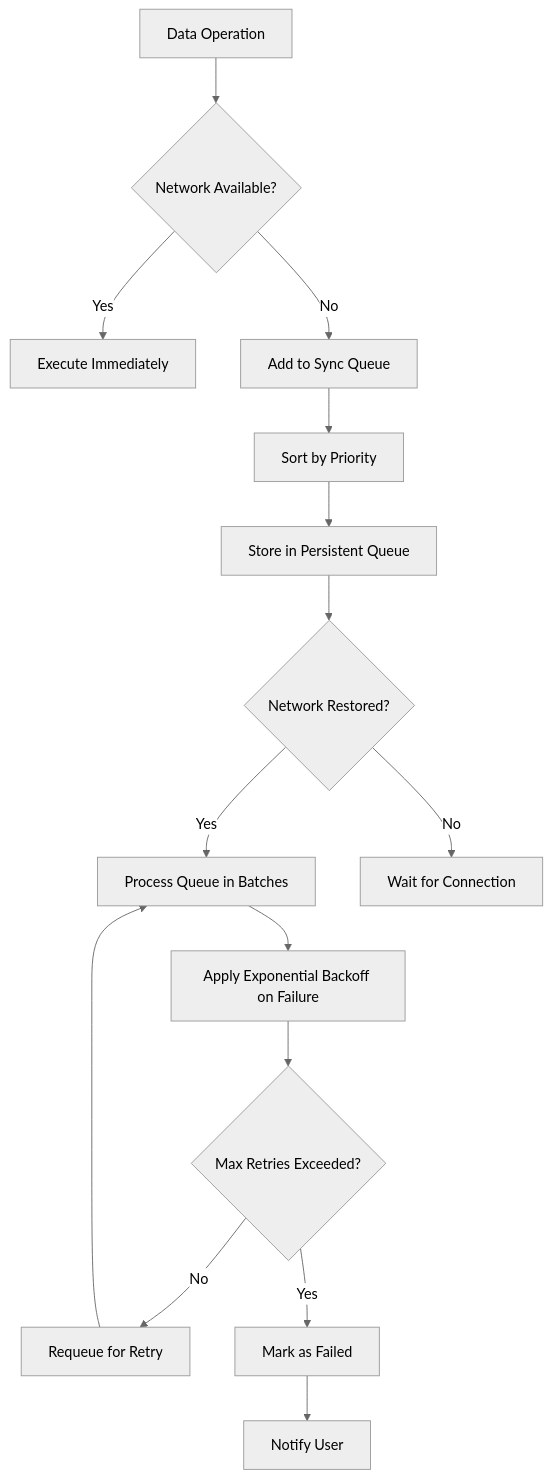
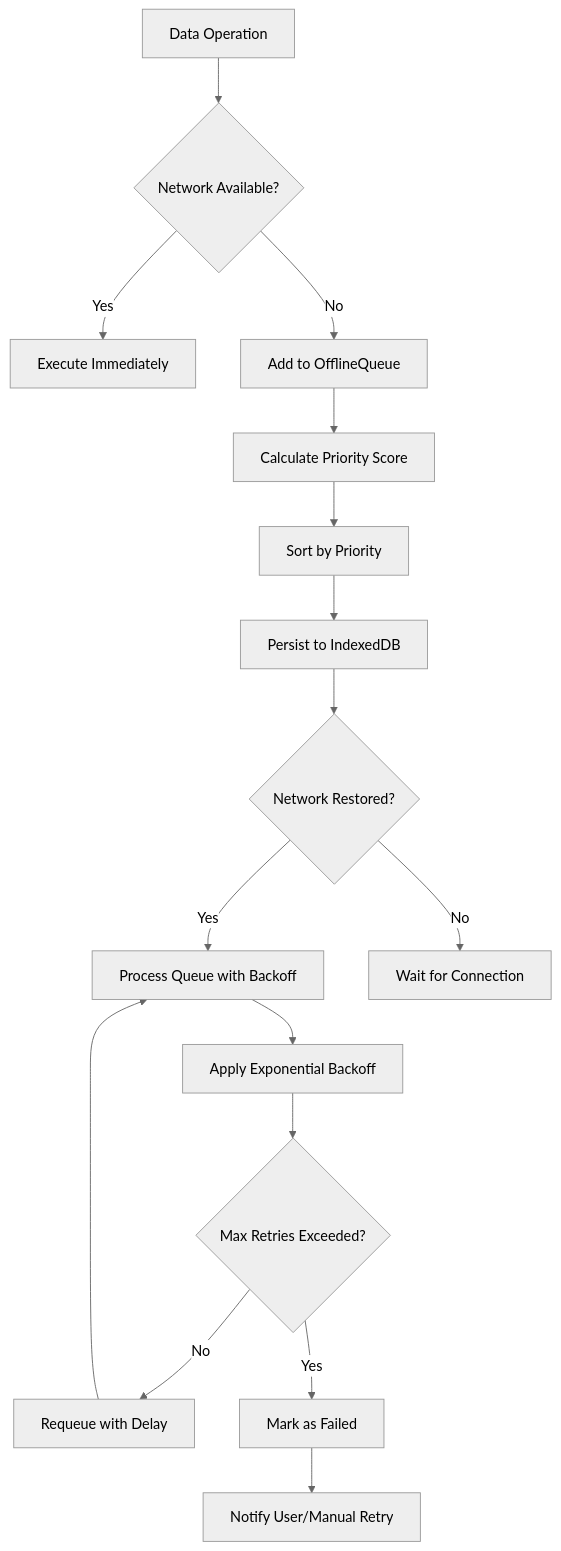
The sixth of 20 diagrams in .qoder/repowiki/en/content/Architecture Overview/Data Management Architecture/Data Synchronization Workflow/Data Synchronization Workflow.md (geniusdynamics/schoolpilot), drawn with Mermaid (neutral theme) before and after one commit. The commit also changed other lines of this file and 8 other files, not shown here.

````diff
--- a/.qoder/repowiki/en/content/Architecture Overview/Data Management Architecture/Data Synchronization Workflow/Data Synchronization Workflow.md
+++ b/.qoder/repowiki/en/content/Architecture Overview/Data Management Architecture/Data Synchronization Workflow/Data Synchronization Workflow.md
@@ -265,17 +292,18 @@
 ```mermaid
 flowchart TD
 A[Data Operation] --> B{Network Available?}
 B --> |Yes| C[Execute Immediately]
-B --> |No| D[Add to Sync Queue]
-D --> E[Sort by Priority]
-E --> F[Store in Persistent Queue]
-F --> G{Network Restored?}
-G --> |Yes| H[Process Queue in Batches]
-G --> |No| I[Wait for Connection]
-H --> J[Apply Exponential Backoff on Failure]
-J --> K{Max Retries Exceeded?}
-K --> |No| L[Requeue for Retry]
-K --> |Yes| M[Mark as Failed]
-L --> H
-M --> N[Notify User]
+B --> |No| D[Add to OfflineQueue]
+D --> E[Calculate Priority Score]
+E --> F[Sort by Priority]
+F --> G[Persist to IndexedDB]
+G --> H{Network Restored?}
+H --> |Yes| I[Process Queue with Backoff]
+H --> |No| J[Wait for Connection]
+I --> K[Apply Exponential Backoff]
+K --> L{Max Retries Exceeded?}
+L --> |No| M[Requeue with Delay]
+L --> |Yes| N[Mark as Failed]
+M --> I
+N --> O[Notify User/Manual Retry]
 ```
````
